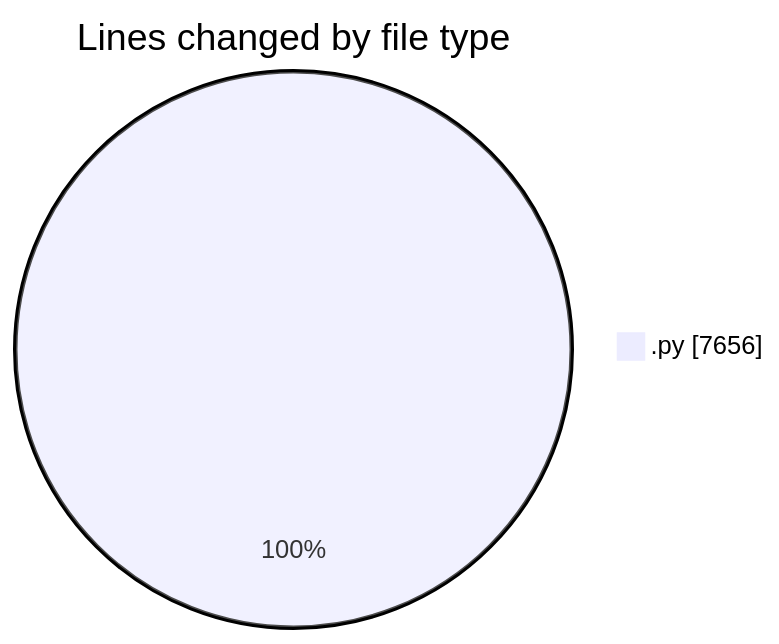
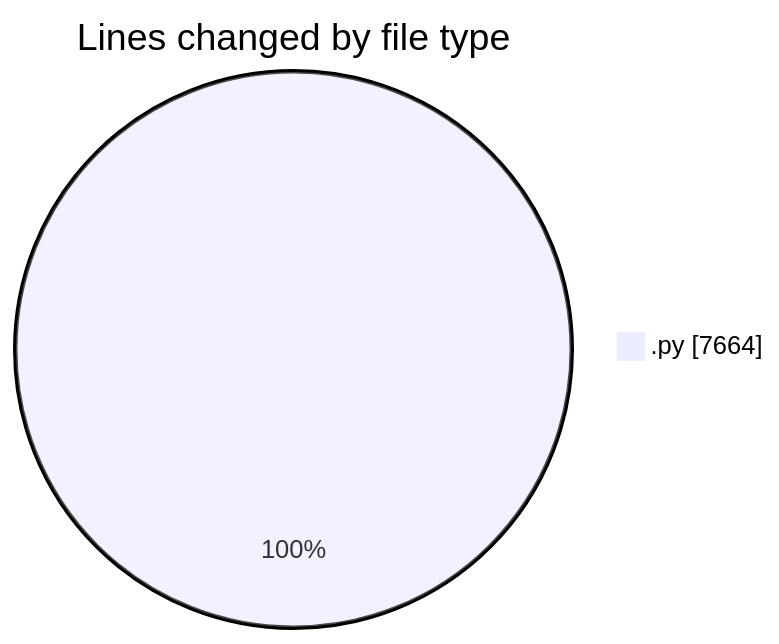
Before and after one commit to MatusMokan/code-tracking: the first of 2 diagrams in 2025-04-18/myws__workspace_/README.md, drawn with Mermaid. The commit also changed other lines of this file and 1 other file, not shown here.

````diff
--- a/2025-04-18/myws__workspace_/README.md
+++ b/2025-04-18/myws__workspace_/README.md
@@ -25,5 +25,5 @@
 ```mermaid
 pie showData
 title Lines changed by file type
-".py" : 7656
+".py" : 7664
 ```
````
